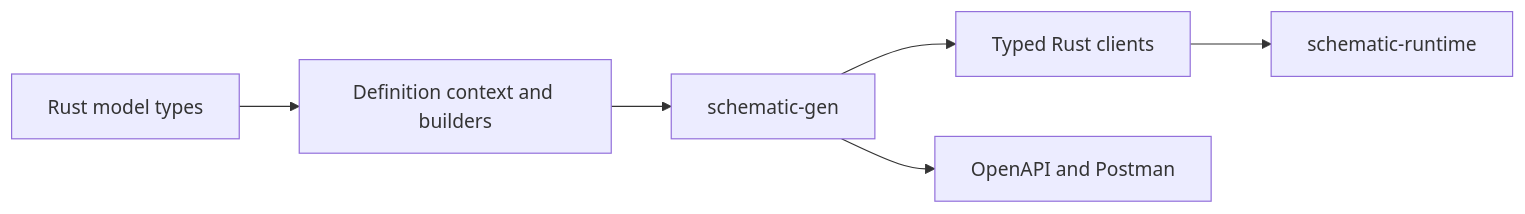
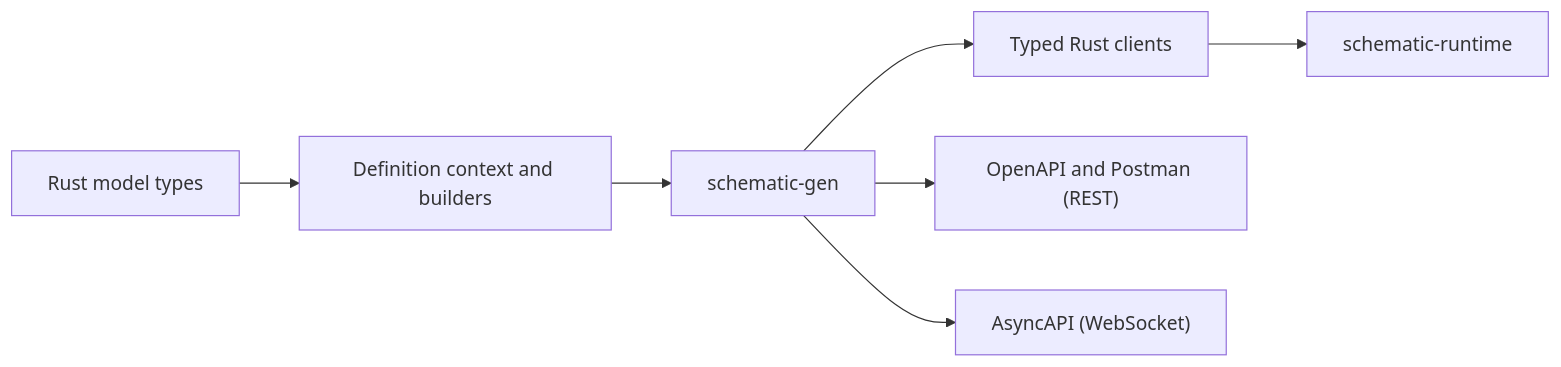
The diagram in schematic/README.md (yankeeinlondon/rusty-biscuit), drawn with Mermaid before and after one commit. The commit also changed other lines of this file and 31 other files, not shown here.

First line of the commit message:
docs(schematic): clarify fidelity and generation behavior

````diff
--- a/schematic/README.md
+++ b/schematic/README.md
@@ -16,8 +16,9 @@
 ```mermaid
 flowchart LR
     Types["Rust model types"] --> Context["Definition context and builders"]
     Context --> Generator["schematic-gen"]
     Generator --> Clients["Typed Rust clients"]
-    Generator --> Artifacts["OpenAPI and Postman"]
+    Generator --> Artifacts["OpenAPI and Postman (REST)"]
+    Generator --> AsyncDocs["AsyncAPI (WebSocket)"]
     Clients --> Runtime["schematic-runtime"]
 ```
````
